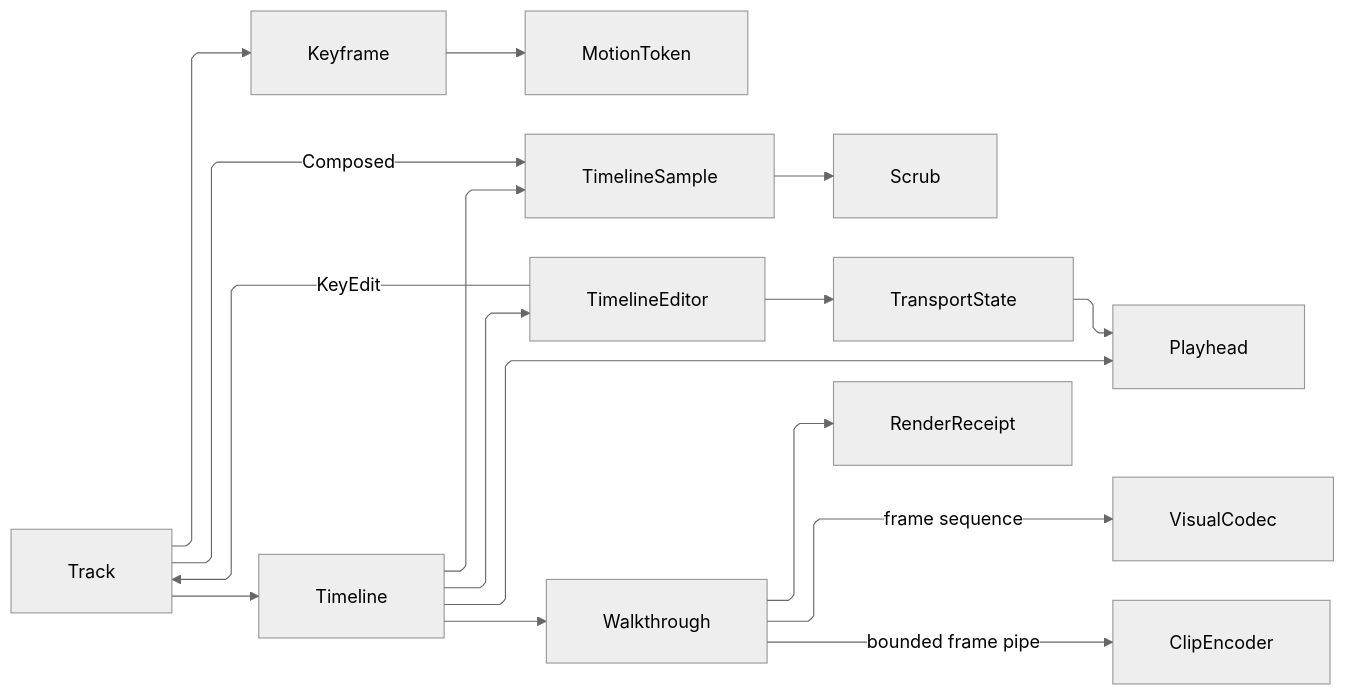
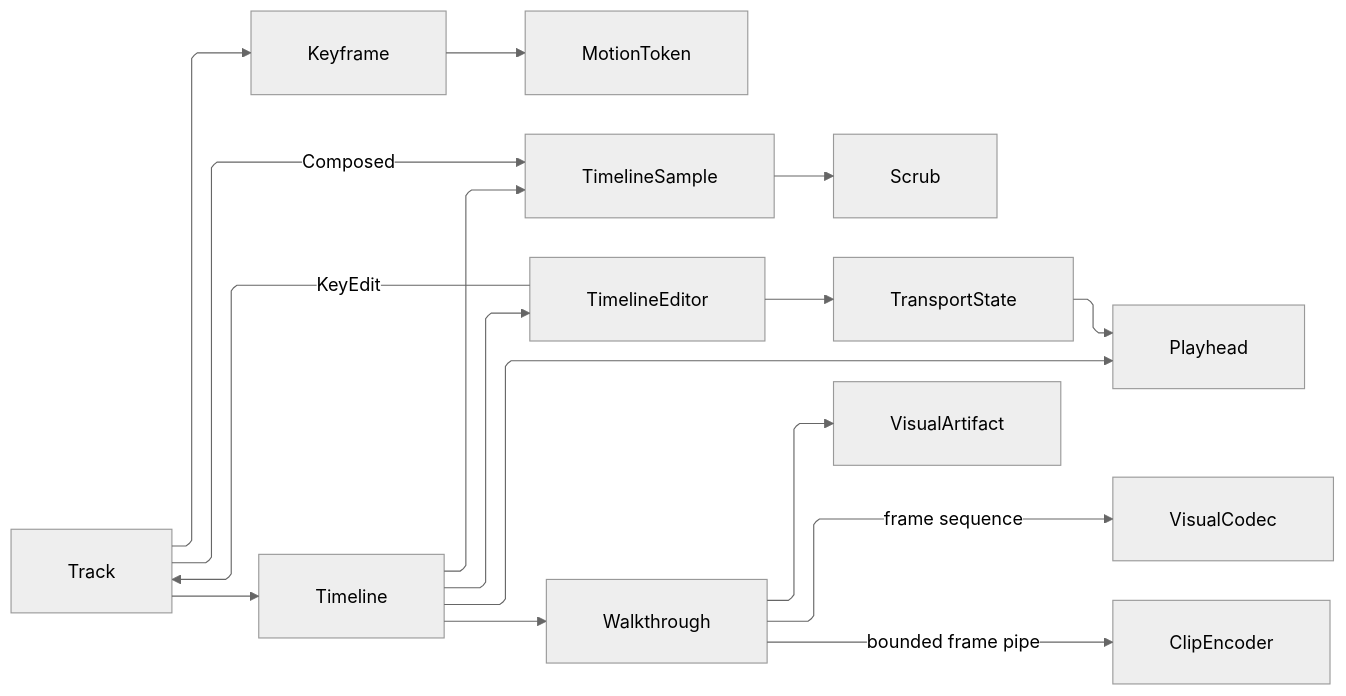
The diagram in libs/dotnet/Rasm.AppUi/.planning/Render/animation.md (bsamiee/Rasm), drawn with Mermaid (neutral theme) before and after one commit. The commit also changed other lines of this file and 1417 other files, not shown here.

````diff
--- a/libs/dotnet/Rasm.AppUi/.planning/Render/animation.md
+++ b/libs/dotnet/Rasm.AppUi/.planning/Render/animation.md
@@ -574,27 +574,27 @@
 ```mermaid
 ---
 config:
   layout: elk
   flowchart:
     curve: linear
     padding: 25
 ---
 flowchart LR
     accTitle: Timeline walkthrough flow
     accDescr: Tracks sample through the timeline into deterministic frame encoding and a streamed clip mux.
     Track --> Keyframe
     Keyframe --> MotionToken
     Track -->|Composed| TimelineSample
     Track --> Timeline
     Timeline --> Playhead
     Timeline --> TimelineSample
     TimelineSample --> Scrub
     Timeline --> TimelineEditor
     TimelineEditor -->|KeyEdit| Track
     TimelineEditor --> TransportState
     TransportState --> Playhead
     Timeline --> Walkthrough
     Walkthrough -->|frame sequence| VisualCodec
     Walkthrough -->|bounded frame pipe| ClipEncoder
-    Walkthrough --> RenderReceipt
+    Walkthrough --> VisualArtifact
 ```
````
